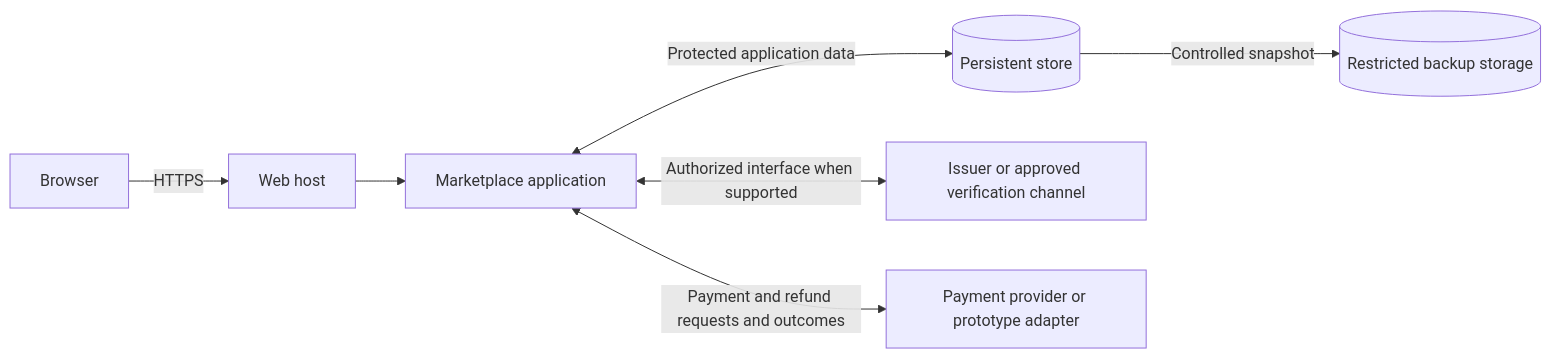
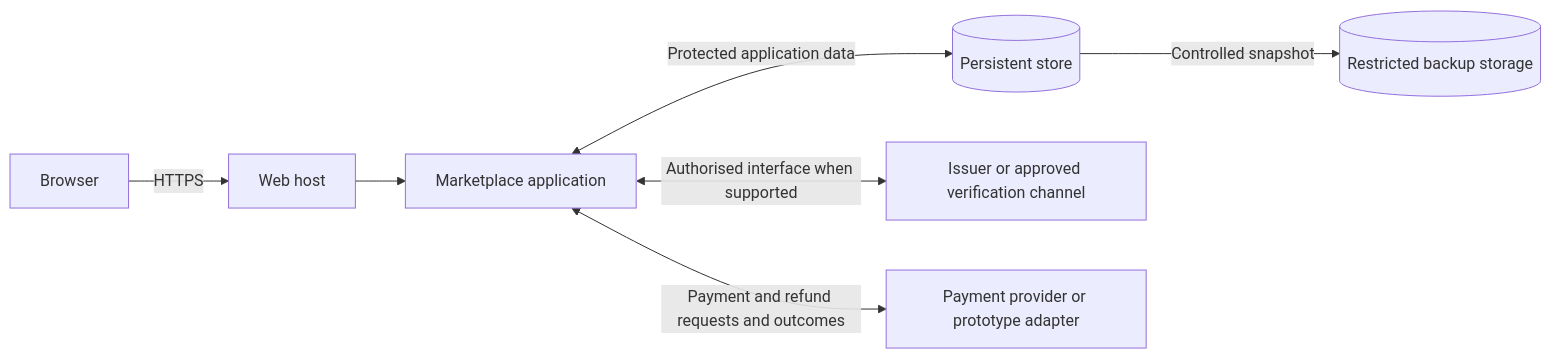
Before and after one commit to aunabil-abtahi/lastcall-sad: diagram 19 of 19 in docs/05-srs/SRS.md, drawn with Mermaid. The commit also changed other lines of this file, not shown here.

````diff
--- a/docs/05-srs/SRS.md
+++ b/docs/05-srs/SRS.md
@@ -1147,9 +1289,9 @@
 ```mermaid
 flowchart LR
  B[Browser] -->|HTTPS| H[Web host]
  H --> W[Marketplace application]
  W <-->|Protected application data| D[(Persistent store)]
  D -->|Controlled snapshot| R[(Restricted backup storage)]
- W <-->|Authorized interface when supported| I[Issuer or approved verification channel]
+ W <-->|Authorised interface when supported| I[Issuer or approved verification channel]
  W <-->|Payment and refund requests and outcomes| P[Payment provider or prototype adapter]
 ```
````
